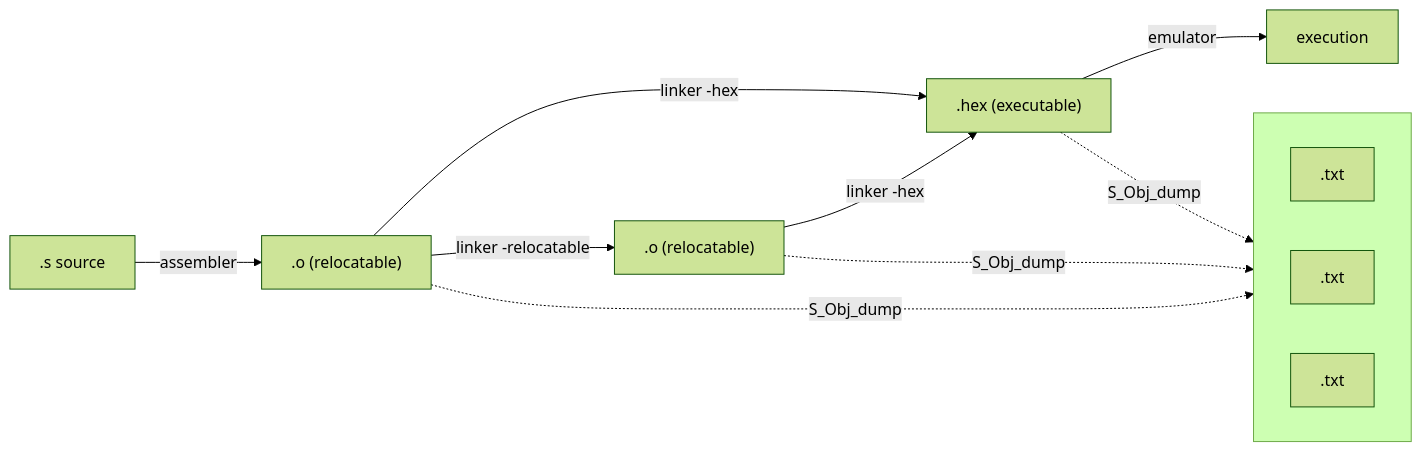
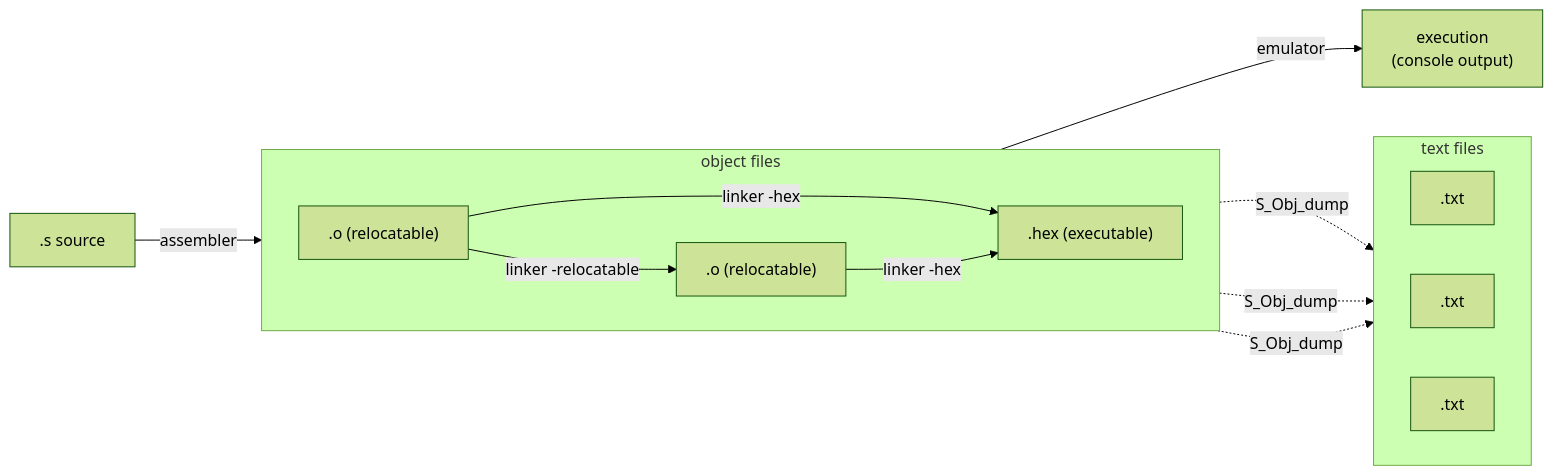
Before and after one commit to mihailolackovic/S_CS-computer-system-toolchain: the first of 2 diagrams in README.md, drawn with Mermaid (forest theme). The commit also changed other lines of this file and 5 other files, not shown here.

````diff
--- a/README.md
+++ b/README.md
@@ -38,19 +44,28 @@
 ```mermaid
 flowchart LR
-    S[".s source"] -->|assembler| O[".o (relocatable)"]
-    O -->|linker -hex| HEX[".hex (executable)"]
-    HEX -->|emulator| EXEC[execution]
-    O -->|"linker -relocatable"| O2[".o (relocatable)"]
-    O2 -->|linker -hex| HEX
 
-    subgraph dumps [ ]
+    subgraph dumps ["text files"]
         direction LR
         OT[".txt"]
         O2T[".txt"]
         HEXT[".txt"]
     end
 
+    subgraph obj ["object files"]
+        direction LR
+        O[".o (relocatable)"]
+        HEX[".hex (executable)"]
+        O2[".o (relocatable)"]
+    end
+
+    S[".s source"] -->|assembler| O
+    O -->|linker -hex| HEX
+    HEX -->|emulator| EXEC["execution 
+    (console output)"]
+    O -->|"linker -relocatable"| O2
+    O2 -->|linker -hex| HEX
+
     O -.->|S_Obj_dump| OT
     O2 -.->|S_Obj_dump| O2T
     HEX -.->|S_Obj_dump| HEXT
 ```
````
